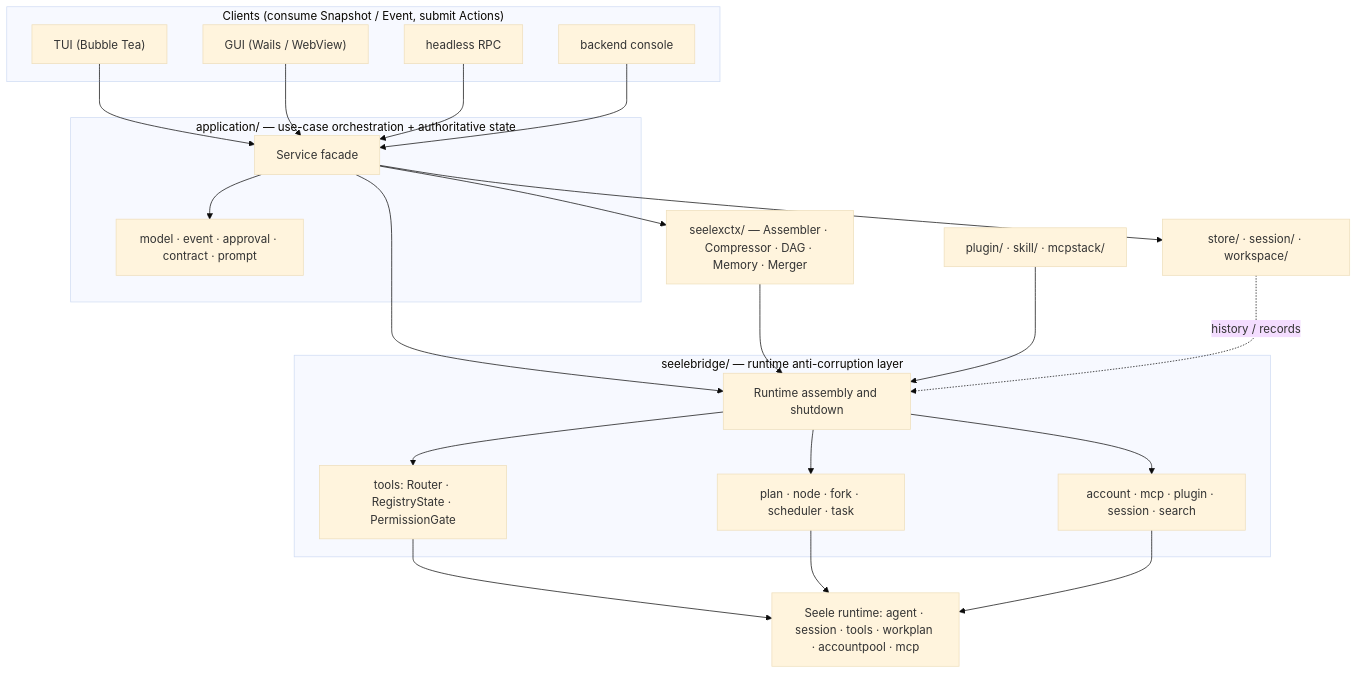
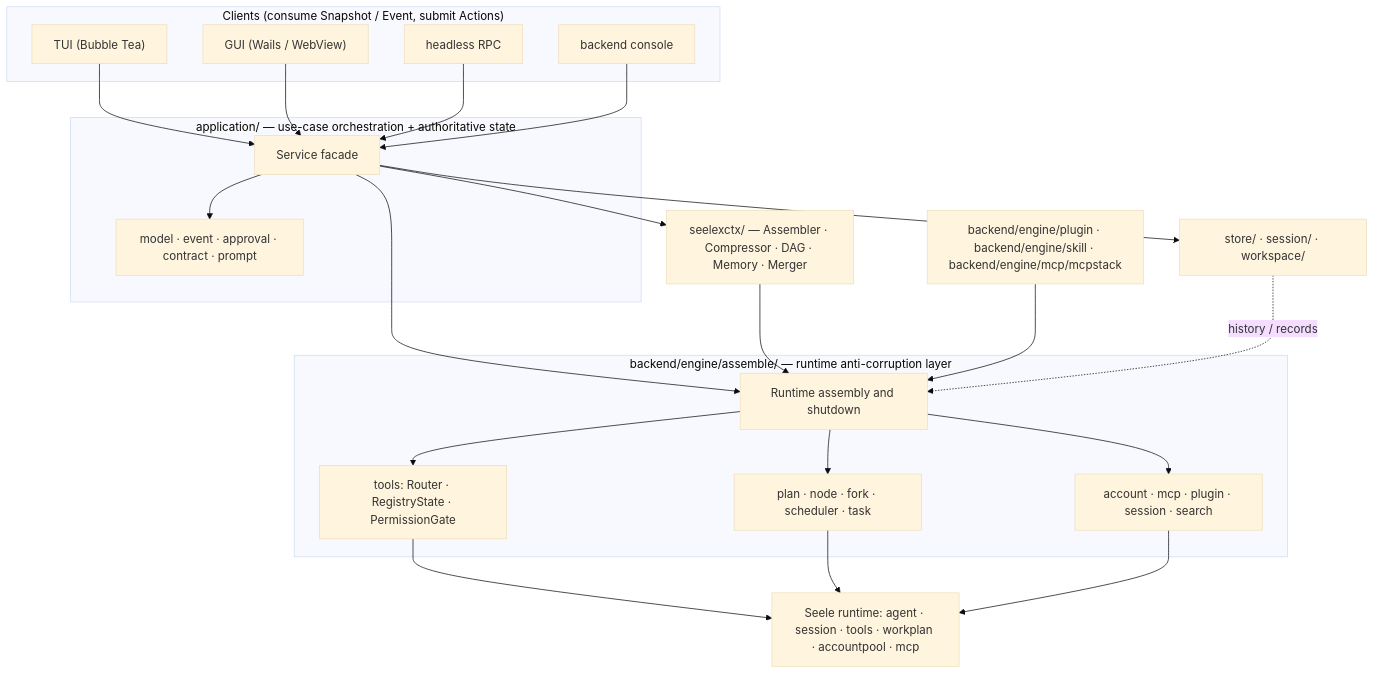
Before and after one commit to RedHuang-0622/seelex: the first of 3 diagrams in README_EN.md, drawn with Mermaid (base theme). The commit also changed other lines of this file and 28 other files, not shown here.

````diff
--- a/README_EN.md
+++ b/README_EN.md
@@ -95,44 +95,44 @@
 ```mermaid
 flowchart TB
     subgraph L1["Clients (consume Snapshot / Event, submit Actions)"]
         TUI["TUI (Bubble Tea)"]
         GUI["GUI (Wails / WebView)"]
         HL["headless RPC"]
         BE["backend console"]
     end
 
     subgraph L2["application/ — use-case orchestration + authoritative state"]
         SVC["Service facade"]
         STATE["model · event · approval · contract · prompt"]
     end
 
-    subgraph L3["seelebridge/ — runtime anti-corruption layer"]
+    subgraph L3["backend/engine/assemble/ — runtime anti-corruption layer"]
         RT["Runtime assembly and shutdown"]
         TOOLS["tools: Router · RegistryState · PermissionGate"]
         ORCH["plan · node · fork · scheduler · task"]
         CAP["account · mcp · plugin · session · search"]
     end
 
     CTX["seelexctx/ — Assembler · Compressor · DAG · Memory · Merger"]
     PERSIST["store/ · session/ · workspace/"]
-    EXT["plugin/ · skill/ · mcpstack/"]
+    EXT["backend/engine/plugin · backend/engine/skill · backend/engine/mcp/mcpstack"]
     SEELE["Seele runtime: agent · session · tools · workplan · accountpool · mcp"]
 
     TUI --> SVC
     GUI --> SVC
     HL --> SVC
     BE --> SVC
     SVC --> STATE
     SVC --> RT
     SVC --> CTX
     SVC --> PERSIST
     RT --> TOOLS
     RT --> ORCH
     RT --> CAP
     CTX --> RT
     EXT --> RT
     TOOLS --> SEELE
     ORCH --> SEELE
     CAP --> SEELE
     PERSIST -.->|history / records| RT
 ```
````
